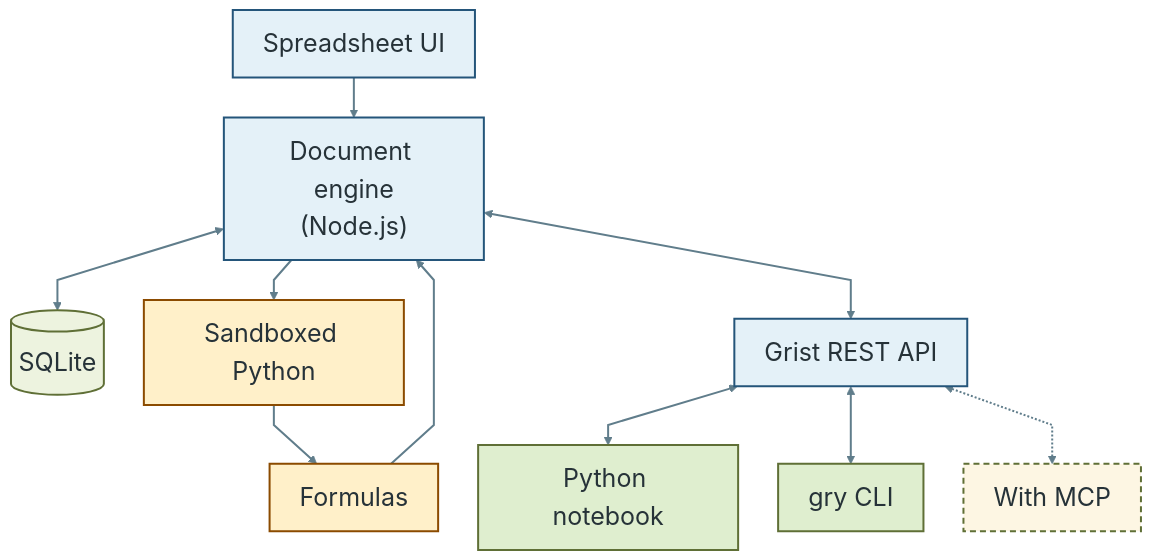
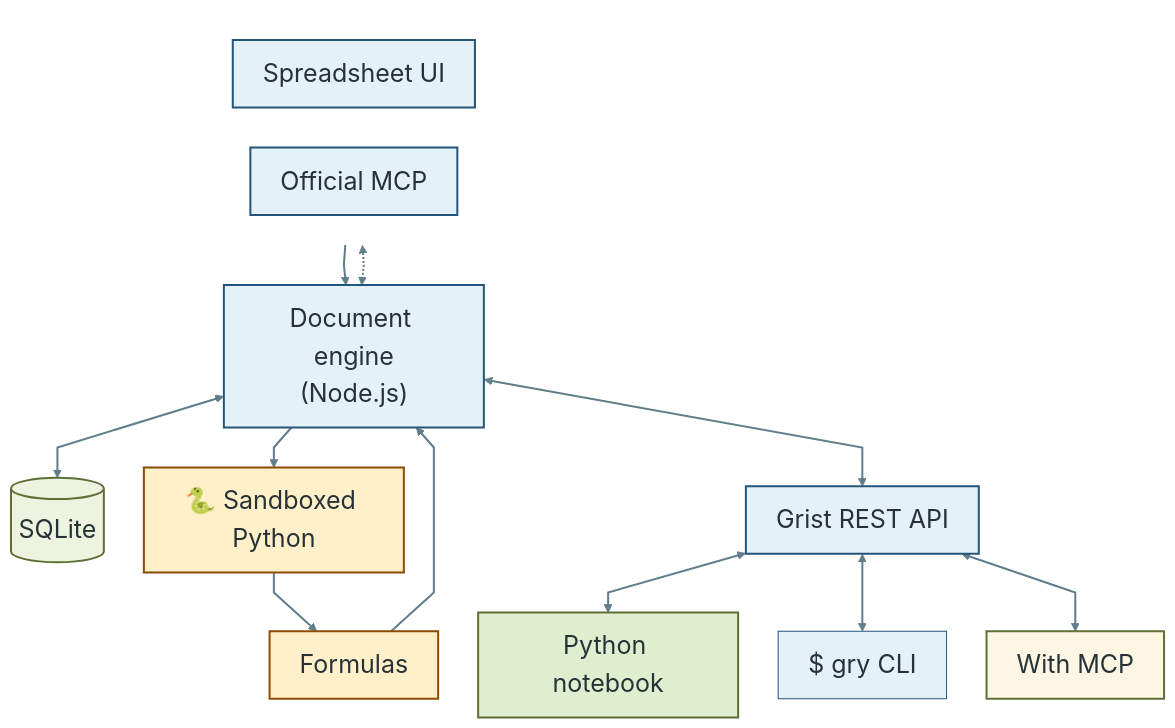
Before and after one commit to D3f0/py-spreadsheets-2026: the first of 2 diagrams in slides.qmd, drawn with Mermaid. The commit also changed other lines of this file and 3 other files, not shown here.

````diff
--- a/slides.qmd
+++ b/slides.qmd
@@ -137,40 +142,49 @@
 ```{mermaid}
 %%{init: {
   "theme": "base",
   "flowchart": {"curve": "linear", "htmlLabels": true, "nodeSpacing": 40, "rankSpacing": 40, "diagramPadding": 6},
   "themeVariables": {
     "background": "#fdf6e3",
     "primaryColor": "#e4f1f8",
     "primaryTextColor": "#263238",
     "primaryBorderColor": "#24557a",
     "lineColor": "#607d8b",
     "clusterBkg": "#f8f1df",
     "clusterBorder": "#9aadaf",
     "fontFamily": "system-ui, sans-serif",
     "fontSize": "25px"
   }
 }}%%
 flowchart TB
-    UI["Spreadsheet UI"] --> Engine["Document engine<br/>(Node.js)"]
+    subgraph TopRow[" "]
+        direction LR
+        UI["Spreadsheet UI"]
+        OfficialMCP["Official MCP"]
+    end
+
+    UI --> Engine["Document engine<br/>(Node.js)"]
+    OfficialMCP <-.-> Engine
     Engine <--> DB[("SQLite")]
-    Engine --> Sandbox["Sandboxed Python"] --> Formulas["Formulas"]
+    Engine --> Sandbox["🐍 Sandboxed Python"] --> Formulas["Formulas"]
     Formulas --> Engine
     Engine <--> API["Grist REST API"]
 
     API <--> Notebook["Python notebook"]
-    API <--> Gry["gry CLI"]
-    API <-.-> MCP["With MCP"]
-
+    API <--> CLI["$ gry CLI"]
+    API <--> MCP["With MCP"]
 
     classDef ui fill:#e4f1f8,stroke:#24557a,color:#263238,stroke-width:2px,font-size:25px;
     classDef python fill:#fff0c9,stroke:#8b4b00,color:#263238,stroke-width:2px,font-size:25px;
     classDef data fill:#edf3df,stroke:#5f6f36,color:#263238,stroke-width:2px,font-size:25px;
     classDef client fill:#dfeecf,stroke:#5f6f36,color:#263238,stroke-width:2px,font-size:25px;
-    classDef mcp fill:#fdf6e3,stroke:#5f6f36,color:#263238,stroke-width:2px,stroke-dasharray:6 4,font-size:25px;
-    class UI,Engine,API ui;
+    classDef terminal fill:#263238,stroke:#24557a,color:#fdf6e3,stroke-width:2px,font-family:monospace,font-size:25px;
+    classDef mcp fill:#fdf6e3,stroke:#5f6f36,color:#263238,stroke-width:2px, font-size:25px;
+    class UI,Engine,API,OfficialMCP ui;
     class Sandbox,Formulas python;
-    class Notebook,Gry client;
+    class Notebook client;
+    class Gry terminal;
     class DB data;
     class MCP mcp;
+    style TopRow fill:none,stroke:none;
     linkStyle default stroke:#607d8b,stroke-width:2px;
 ```
````
